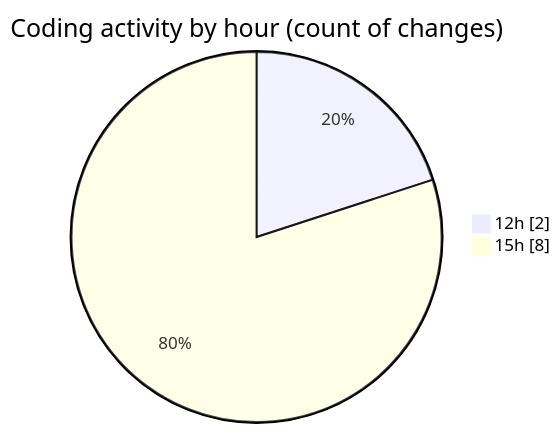
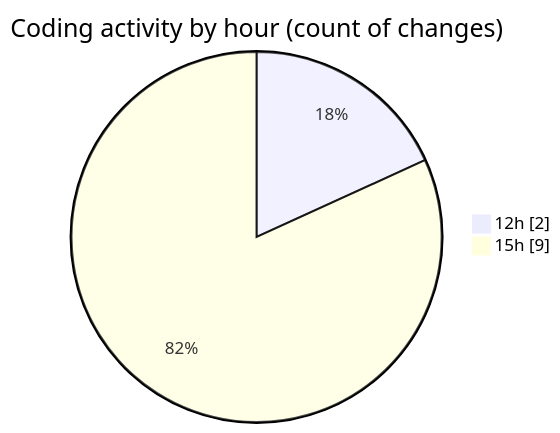
The second of 2 diagrams in 2025-10-28/untitled__workspace_/README.md (debugP/code-tracking), drawn with Mermaid before and after one commit. The commit also changed other lines of this file and 1 other file, not shown here.

````diff
--- a/2025-10-28/untitled__workspace_/README.md
+++ b/2025-10-28/untitled__workspace_/README.md
@@ -32,6 +32,6 @@
 ```mermaid
 pie showData
 title Coding activity by hour (count of changes)
 "12h" : 2
-"15h" : 8
+"15h" : 9
 ```
````
